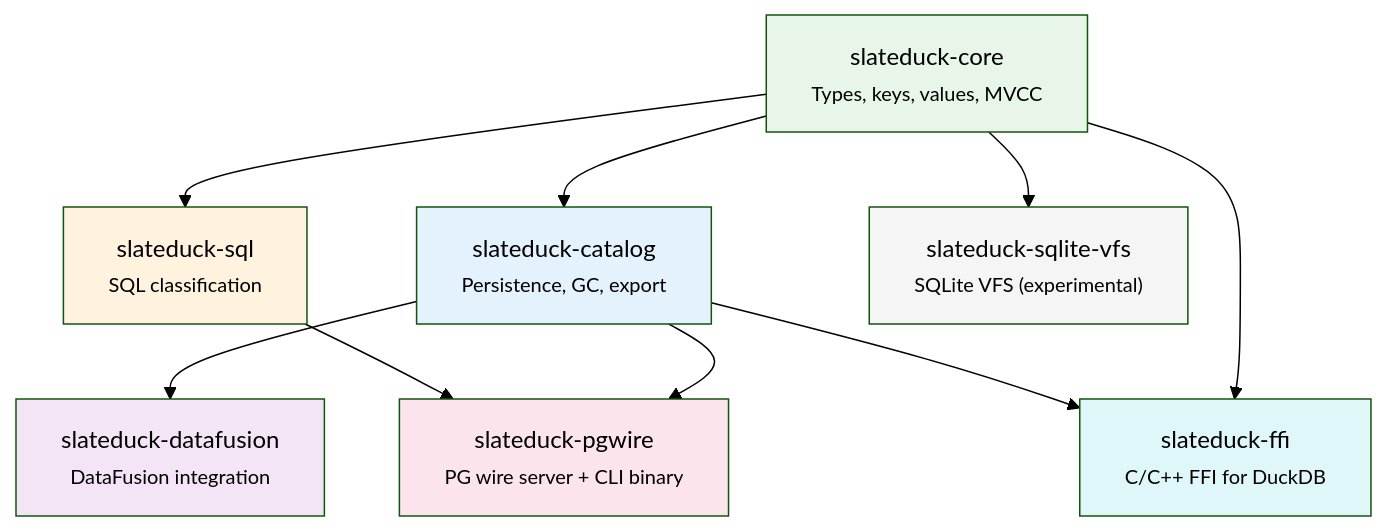
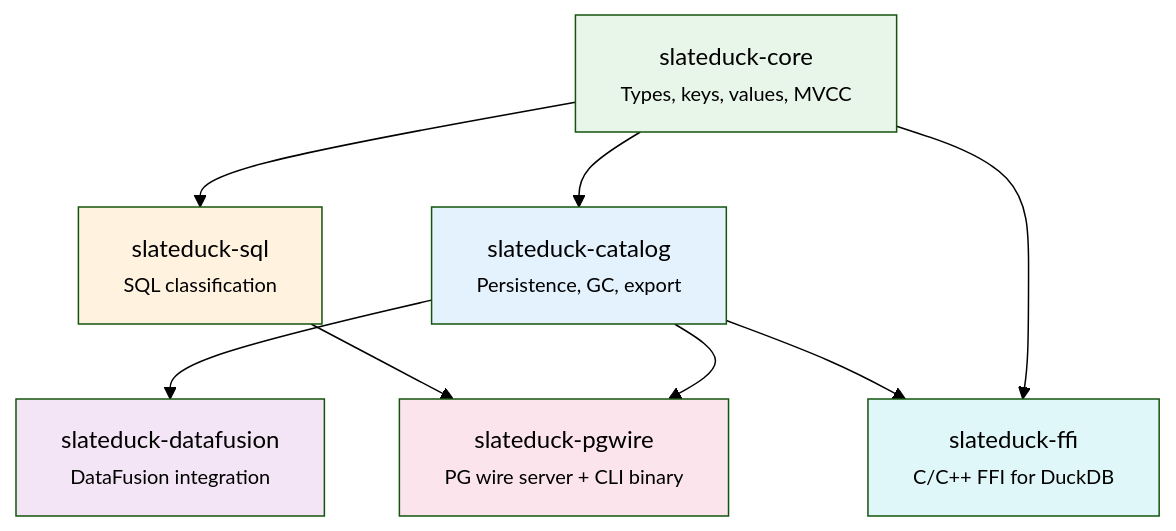
One commit to trickle-labs/rocklake changed the diagram in docs/architecture/crate-structure.md. Above: the diagram before and after it, drawn with Mermaid (forest theme). The commit also changed other lines of this file and 48 other files, not shown here.

````diff
--- a/docs/architecture/crate-structure.md
+++ b/docs/architecture/crate-structure.md
@@ -9,19 +9,17 @@
 ```mermaid
 graph TD
     CORE["slateduck-core<br/><small>Types, keys, values, MVCC</small>"] --> CAT["slateduck-catalog<br/><small>Persistence, GC, export</small>"]
     CORE --> SQL["slateduck-sql<br/><small>SQL classification</small>"]
     CORE --> FFI["slateduck-ffi<br/><small>C/C++ FFI for DuckDB</small>"]
-    CORE --> VFS["slateduck-sqlite-vfs<br/><small>SQLite VFS (experimental)</small>"]
     CAT --> PG["slateduck-pgwire<br/><small>PG wire server + CLI binary</small>"]
     CAT --> DF["slateduck-datafusion<br/><small>DataFusion integration</small>"]
     CAT --> FFI
     SQL --> PG
 
     style CORE fill:#e8f5e9
     style CAT fill:#e3f2fd
     style SQL fill:#fff3e0
     style PG fill:#fce4ec
     style DF fill:#f3e5f5
     style FFI fill:#e0f7fa
-    style VFS fill:#f5f5f5
 ```
````
